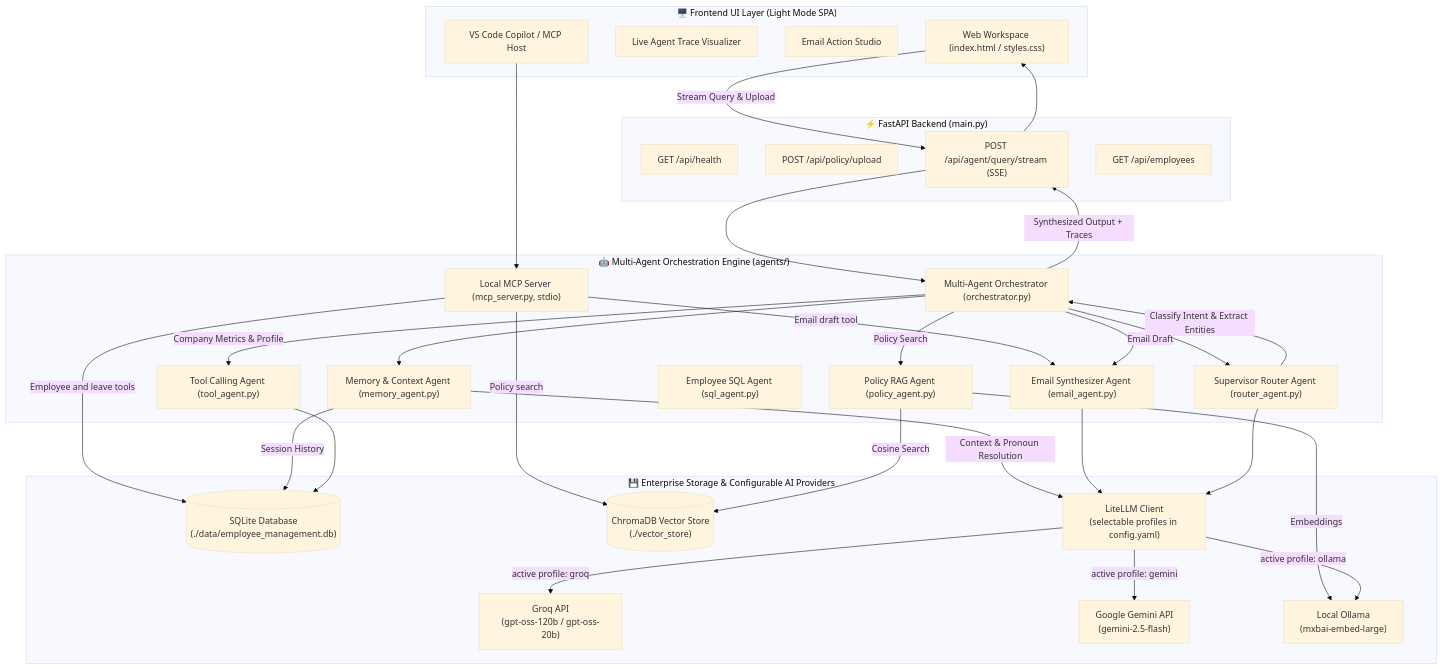
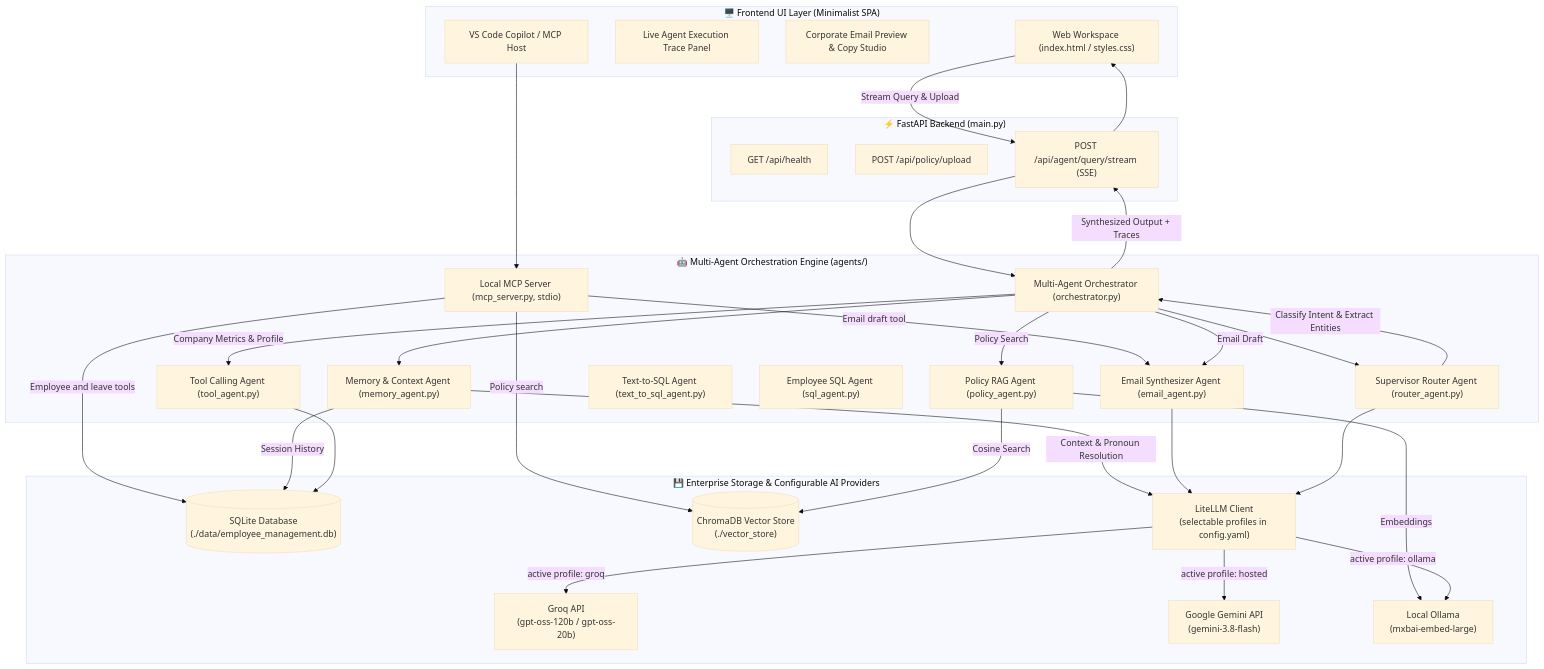
Before and after one commit to vvikas20/EmployeeManagementRAG: the first of 2 diagrams in architecture_report.md, drawn with Mermaid (base theme). The commit also changed other lines of this file and 4 other files, not shown here.

Commit message:
docs: update documentation, guides, and architecture reports for Groq LLM profile and setup instructions

````diff
--- a/architecture_report.md
+++ b/architecture_report.md
@@ -10,69 +10,69 @@
 ```mermaid
 flowchart TB
-    subgraph ClientLayer["🖥️ Frontend UI Layer (Light Mode SPA)"]
+    subgraph ClientLayer["🖥️ Frontend UI Layer (Minimalist SPA)"]
         UI["Web Workspace (index.html / styles.css)"]
-        TraceUI["Live Agent Trace Visualizer"]
-        EmailUI["Email Action Studio"]
+        TraceUI["Live Agent Execution Trace Panel"]
+        EmailUI["Corporate Email Preview & Copy Studio"]
         MCPHost["VS Code Copilot / MCP Host"]
     end
 
     subgraph APILayer["⚡ FastAPI Backend (main.py)"]
         HealthAPI["GET /api/health"]
         UploadAPI["POST /api/policy/upload"]
         QueryAPI["POST /api/agent/query/stream (SSE)"]
-        EmpAPI["GET /api/employees"]
     end
 
     subgraph AgentLayer["🤖 Multi-Agent Orchestration Engine (agents/)"]
         Orchestrator["Multi-Agent Orchestrator (orchestrator.py)"]
         Memory["Memory & Context Agent (memory_agent.py)"]
         Supervisor["Supervisor Router Agent (router_agent.py)"]
         PolicyAgent["Policy RAG Agent (policy_agent.py)"]
         ToolAgent["Tool Calling Agent (tool_agent.py)"]
+        TextToSQLAgent["Text-to-SQL Agent (text_to_sql_agent.py)"]
         SQLAgent["Employee SQL Agent (sql_agent.py)"]
         EmailAgent["Email Synthesizer Agent (email_agent.py)"]
         MCPServer["Local MCP Server (mcp_server.py, stdio)"]
     end
 
     subgraph DataLayer["💾 Enterprise Storage & Configurable AI Providers"]
         SQLite[("SQLite Database\n(./data/employee_management.db)")]
         Chroma[("ChromaDB Vector Store\n(./vector_store)")]
         LiteLLM["LiteLLM Client\n(selectable profiles in config.yaml)"]
         Groq["Groq API\n(gpt-oss-120b / gpt-oss-20b)"]
-        Gemini["Google Gemini API\n(gemini-2.5-flash)"]
+        Gemini["Google Gemini API\n(gemini-3.8-flash)"]
         Ollama["Local Ollama\n(mxbai-embed-large)"]
     end
 
     UI -->|Stream Query & Upload| QueryAPI
     QueryAPI --> Orchestrator
     MCPHost --> MCPServer
     MCPServer -->|Employee and leave tools| SQLite
     MCPServer -->|Policy search| Chroma
     MCPServer -->|Email draft tool| EmailAgent
     
     Orchestrator --> Memory
     Memory -->|Context & Pronoun Resolution| LiteLLM
     Memory -->|Session History| SQLite
     
     Orchestrator --> Supervisor
     Supervisor -->|Classify Intent & Extract Entities| Orchestrator
     
     Orchestrator -->|Company Metrics & Profile| ToolAgent
     ToolAgent --> SQLite
     
     Orchestrator -->|Policy Search| PolicyAgent
     PolicyAgent -->|Cosine Search| Chroma
     PolicyAgent -->|Embeddings| Ollama
     
     Orchestrator -->|Email Draft| EmailAgent
     EmailAgent --> LiteLLM
     
     Supervisor --> LiteLLM
     
     LiteLLM -->|active profile: groq| Groq
-    LiteLLM -->|active profile: gemini| Gemini
+    LiteLLM -->|active profile: hosted| Gemini
     LiteLLM -->|active profile: ollama| Ollama
     
     Orchestrator -->|Synthesized Output + Traces| QueryAPI
     QueryAPI --> UI
 ```
````
